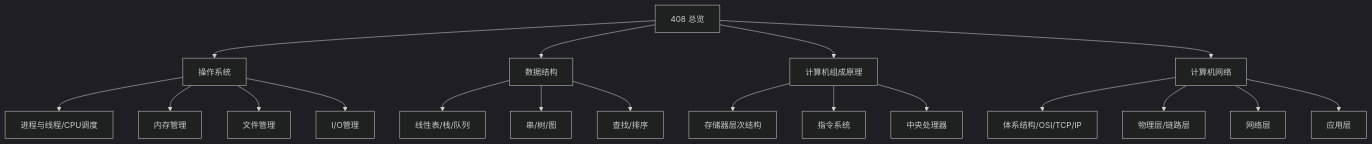
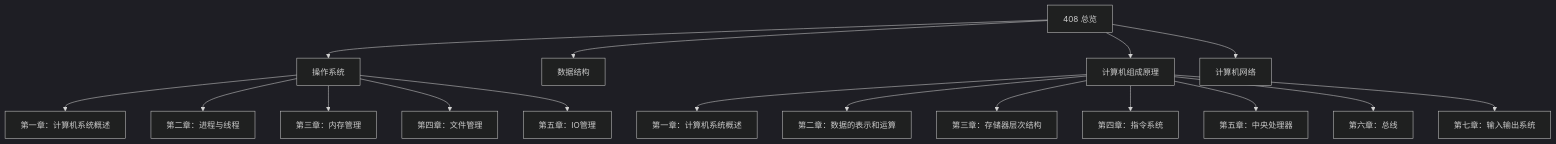
The first of 4 diagrams in .qoder/repowiki/zh/content/408专业课学习指南/408专业课学习指南.md (CQstory/study-notes), drawn with Mermaid (dark theme) before and after one commit. The commit also changed other lines of this file and 52 other files, not shown here.

````diff
--- a/.qoder/repowiki/zh/content/408专业课学习指南/408专业课学习指南.md
+++ b/.qoder/repowiki/zh/content/408专业课学习指南/408专业课学习指南.md
@@ -34,21 +38,19 @@
 ```mermaid
 graph TB
 A["408 总览"] --> B["操作系统"]
 A --> C["数据结构"]
 A --> D["计算机组成原理"]
 A --> E["计算机网络"]
-B --> B1["进程与线程/CPU调度"]
-B --> B2["内存管理"]
-B --> B3["文件管理"]
-B --> B4["I/O管理"]
-C --> C1["线性表/栈/队列"]
-C --> C2["串/树/图"]
-C --> C3["查找/排序"]
-D --> D1["存储器层次结构"]
-D --> D2["指令系统"]
-D --> D3["中央处理器"]
-E --> E1["体系结构/OSI/TCP/IP"]
-E --> E2["物理层/链路层"]
-E --> E3["网络层"]
-E --> E4["应用层"]
+B --> B1["第一章：计算机系统概述"]
+B --> B2["第二章：进程与线程"]
+B --> B3["第三章：内存管理"]
+B --> B4["第四章：文件管理"]
+B --> B5["第五章：IO管理"]
+D --> D1["第一章：计算机系统概述"]
+D --> D2["第二章：数据的表示和运算"]
+D --> D3["第三章：存储器层次结构"]
+D --> D4["第四章：指令系统"]
+D --> D5["第五章：中央处理器"]
+D --> D6["第六章：总线"]
+D --> D7["第七章：输入输出系统"]
 ```
````
